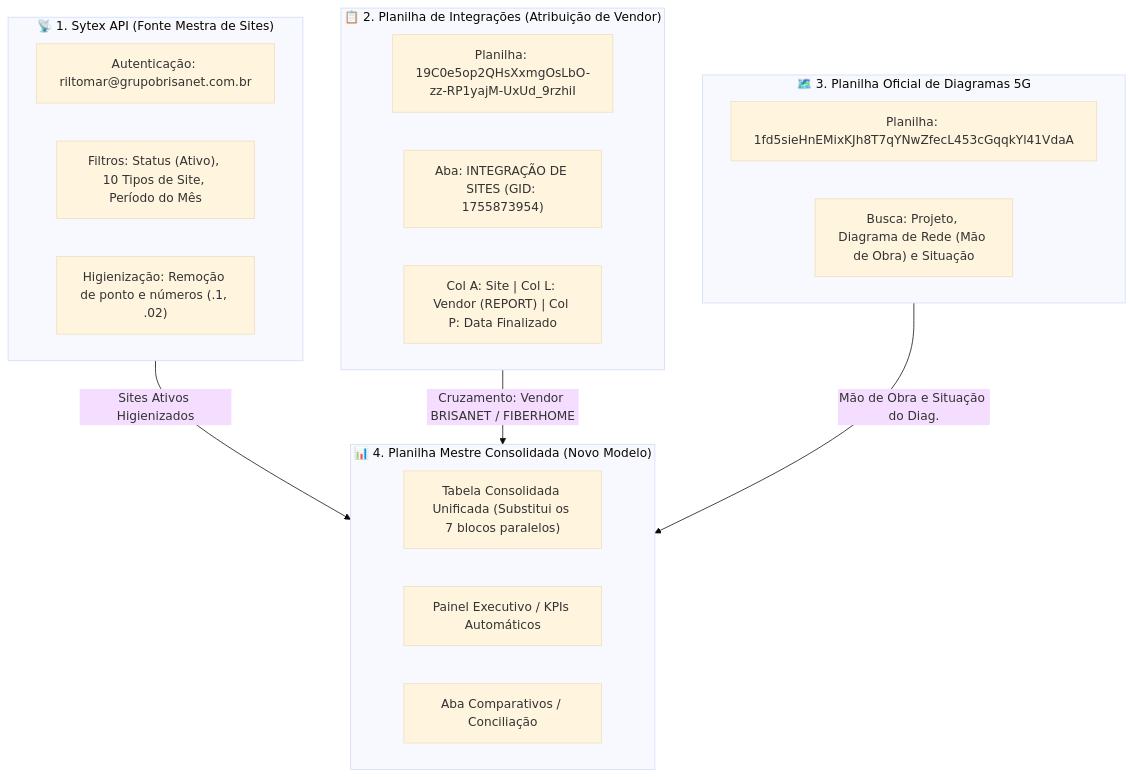
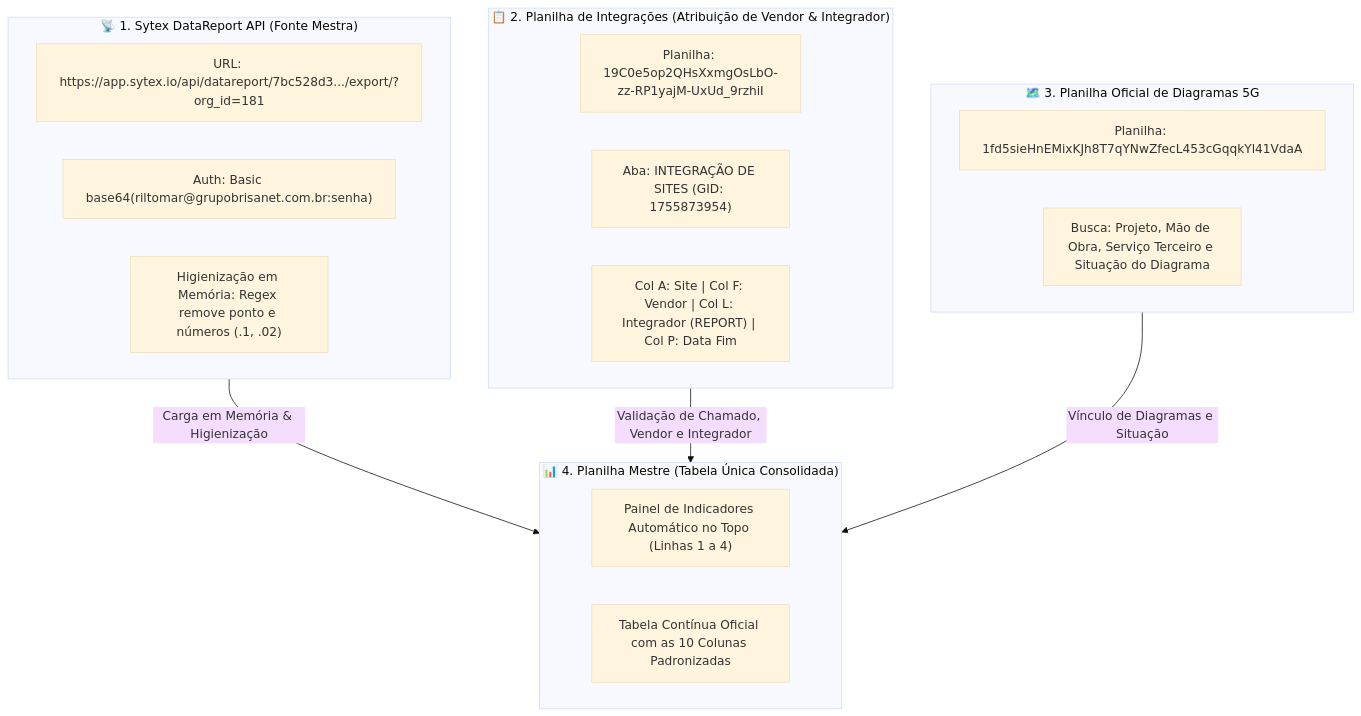
The diagram in automacao-diagramas/ARQUITETURA_NOVA_ESTRATEGIA.md (Rodrihenrique/orcamento-fpa), drawn with Mermaid (base theme) before and after one commit. The commit also changed other lines of this file, not shown here.

Commit message:
docs(arquitetura): definir 10 colunas oficiais, eliminar aba comparativos e mapear endpoint sytex

````diff
--- a/automacao-diagramas/ARQUITETURA_NOVA_ESTRATEGIA.md
+++ b/automacao-diagramas/ARQUITETURA_NOVA_ESTRATEGIA.md
@@ -10,29 +10,28 @@
 ```mermaid
 flowchart TD
-    subgraph S1["📡 1. Sytex API (Fonte Mestra de Sites)"]
-        S_Cred["Autenticação: riltomar@grupobrisanet.com.br"]
-        S_Filtros["Filtros: Status (Ativo), 10 Tipos de Site, Período do Mês"]
-        S_Sanit["Higienização: Remoção de ponto e números (.1, .02)"]
+    subgraph Sytex["📡 1. Sytex DataReport API (Fonte Mestra)"]
+        S_URL["URL: https://app.sytex.io/api/datareport/7bc528d3.../export/?org_id=181"]
+        S_Cred["Auth: Basic base64(riltomar@grupobrisanet.com.br:senha)"]
+        S_Sanit["Higienização em Memória: Regex remove ponto e números (.1, .02)"]
     end
 
-    subgraph S2["📋 2. Planilha de Integrações (Atribuição de Vendor)"]
+    subgraph Integracao["📋 2. Planilha de Integrações (Atribuição de Vendor & Integrador)"]
         I_Sheet["Planilha: 19C0e5op2QHsXxmgOsLbO-zz-RP1yajM-UxUd_9rzhiI"]
         I_Aba["Aba: INTEGRAÇÃO DE SITES (GID: 1755873954)"]
-        I_Cols["Col A: Site | Col L: Vendor (REPORT) | Col P: Data Finalizado"]
+        I_Cols["Col A: Site | Col F: Vendor | Col L: Integrador (REPORT) | Col P: Data Fim"]
     end
 
-    subgraph S3["🗺️ 3. Planilha Oficial de Diagramas 5G"]
+    subgraph Diagramas["🗺️ 3. Planilha Oficial de Diagramas 5G"]
         D_Sheet["Planilha: 1fd5sieHnEMixKJh8T7qYNwZfecL453cGqqkYl41VdaA"]
-        D_Cols["Busca: Projeto, Diagrama de Rede (Mão de Obra) e Situação"]
+        D_Cols["Busca: Projeto, Mão de Obra, Serviço Terceiro e Situação do Diagrama"]
     end
 
-    subgraph Destino["📊 4. Planilha Mestre Consolidada (Novo Modelo)"]
-        M_Tab["Tabela Consolidada Unificada (Substitui os 7 blocos paralelos)"]
-        M_Dash["Painel Executivo / KPIs Automáticos"]
-        M_Comp["Aba Comparativos / Conciliação"]
+    subgraph Destino["📊 4. Planilha Mestre (Tabela Única Consolidada)"]
+        M_Dash["Painel de Indicadores Automático no Topo (Linhas 1 a 4)"]
+        M_Table["Tabela Contínua Oficial com as 10 Colunas Padronizadas"]
     end
 
-    S1 -->|Sites Ativos Higienizados| Destino
-    S2 -->|Cruzamento: Vendor BRISANET / FIBERHOME| Destino
-    S3 -->|Mão de Obra e Situação do Diag.| Destino
+    Sytex -->|Carga em Memória & Higienização| Destino
+    Integracao -->|Validação de Chamado, Vendor e Integrador| Destino
+    Diagramas -->|Vínculo de Diagramas e Situação| Destino
 ```
````
